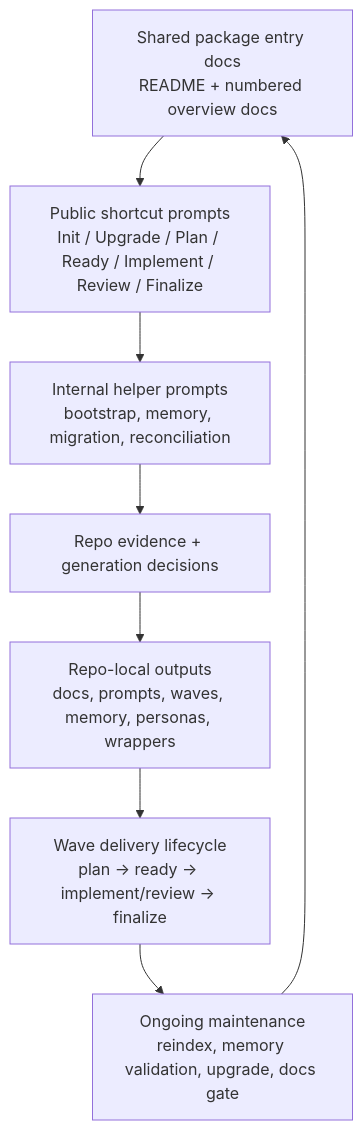
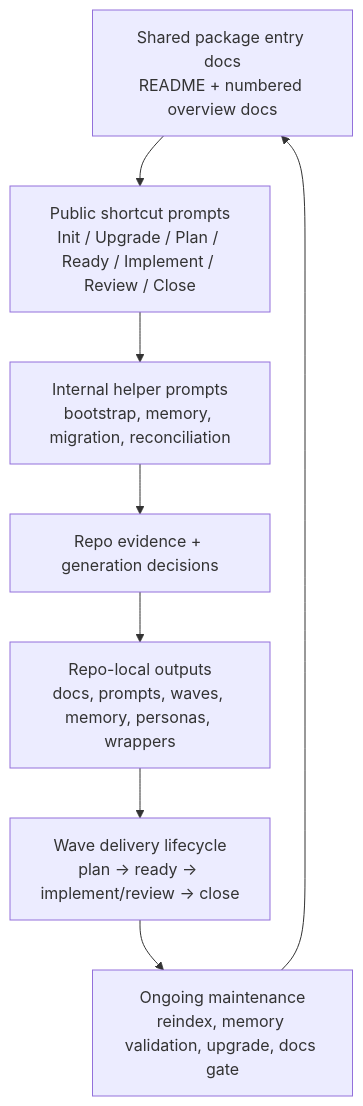
Before and after one commit to coryhacking/wavefoundry: the diagram in .wavefoundry/framework/seeds/008-framework-map.md, drawn with Mermaid. The commit also changed other lines of this file and 104 other files, not shown here.

First line of the commit message:
Rename the feature lifecycle prompts to change; add Close change

````diff
--- a/.wavefoundry/framework/seeds/008-framework-map.md
+++ b/.wavefoundry/framework/seeds/008-framework-map.md
@@ -13,10 +13,10 @@
 ```mermaid
 flowchart TD
-    A[Shared package entry docs\nREADME + numbered overview docs] --> B[Public shortcut prompts\nInit / Upgrade / Plan / Ready / Implement / Review / Finalize]
+    A[Shared package entry docs\nREADME + numbered overview docs] --> B[Public shortcut prompts\nInit / Upgrade / Plan / Ready / Implement / Review / Close]
     B --> C[Internal helper prompts\nbootstrap, memory, migration, reconciliation]
     C --> D[Repo evidence + generation decisions]
     D --> E[Repo-local outputs\ndocs, prompts, waves, memory, personas, wrappers]
-    E --> F[Wave delivery lifecycle\nplan -> ready -> implement/review -> finalize]
+    E --> F[Wave delivery lifecycle\nplan -> ready -> implement/review -> close]
     F --> G[Ongoing maintenance\nreindex, memory validation, upgrade, docs gate]
     G --> A
 ```
````
